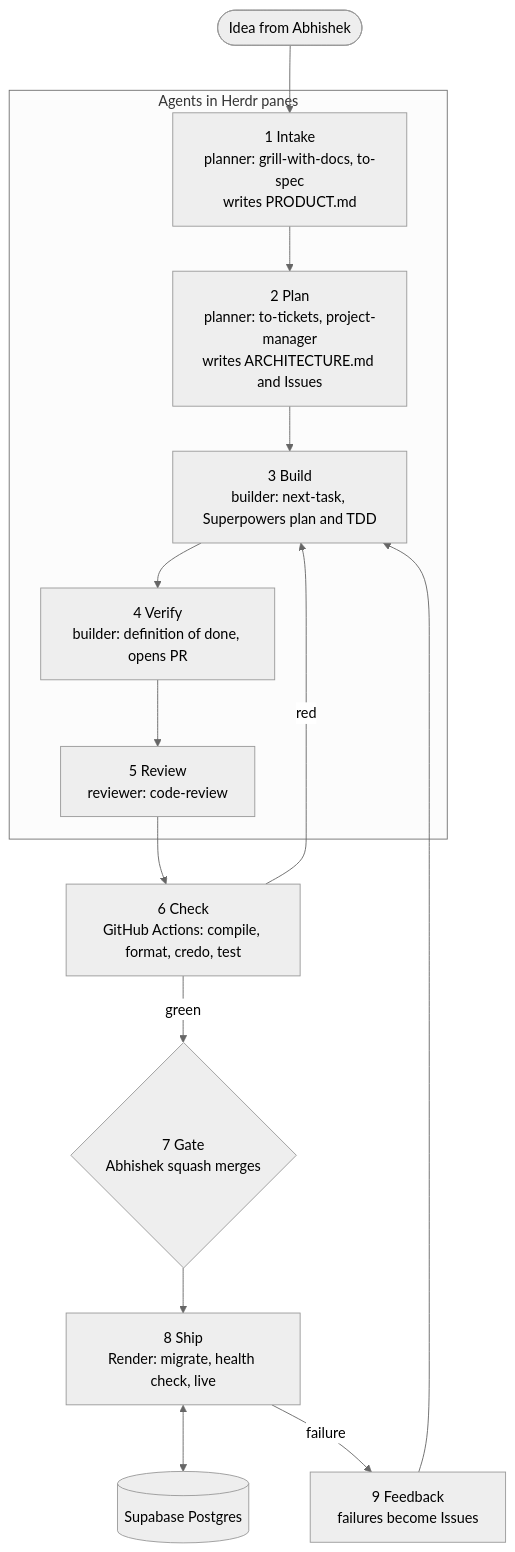
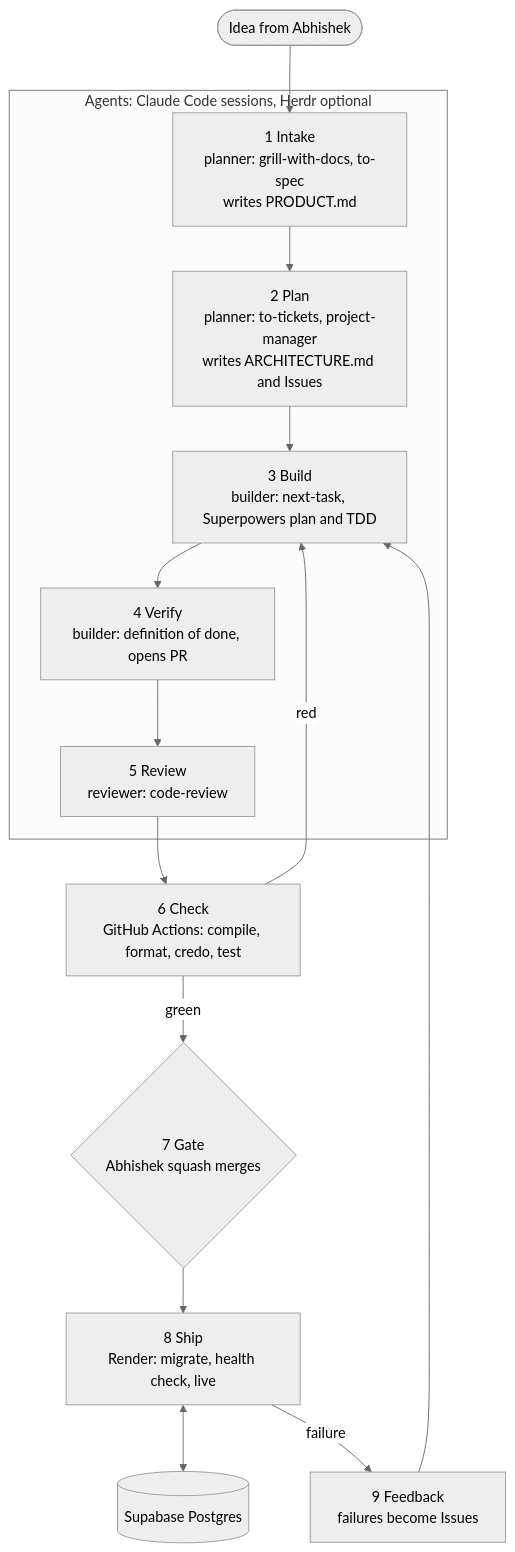
Before and after one commit to darth-dodo/maya: the first of 2 diagrams in FACTORY.md, drawn with Mermaid (neutral theme). The commit also changed other lines of this file and 5 other files, not shown here.

First line of the commit message:
docs: run the factory on Claude Code sessions, Herdr optional

````diff
--- a/FACTORY.md
+++ b/FACTORY.md
@@ -39,22 +39,22 @@
 ```mermaid
 flowchart TD
     idea([Idea from Abhishek]) --> intake
-    subgraph agents [Agents in Herdr panes]
+    subgraph agents [Agents: Claude Code sessions, Herdr optional]
         intake["1 Intake<br/>planner: grill-with-docs, to-spec<br/>writes PRODUCT.md"]
         plan["2 Plan<br/>planner: to-tickets, project-manager<br/>writes ARCHITECTURE.md and Issues"]
         build["3 Build<br/>builder: next-task, Superpowers plan and TDD"]
         verify["4 Verify<br/>builder: definition of done, opens PR"]
         review["5 Review<br/>reviewer: code-review"]
     end
     check["6 Check<br/>GitHub Actions: compile, format, credo, test"]
     gate{"7 Gate<br/>Abhishek squash merges"}
     ship["8 Ship<br/>Render: migrate, health check, live"]
     db[(Supabase Postgres)]
     feedback["9 Feedback<br/>failures become Issues"]
     intake --> plan --> build --> verify --> review --> check
     check -- red --> build
     check -- green --> gate
     gate --> ship
     ship <--> db
     ship -- failure --> feedback --> build
 ```
````
